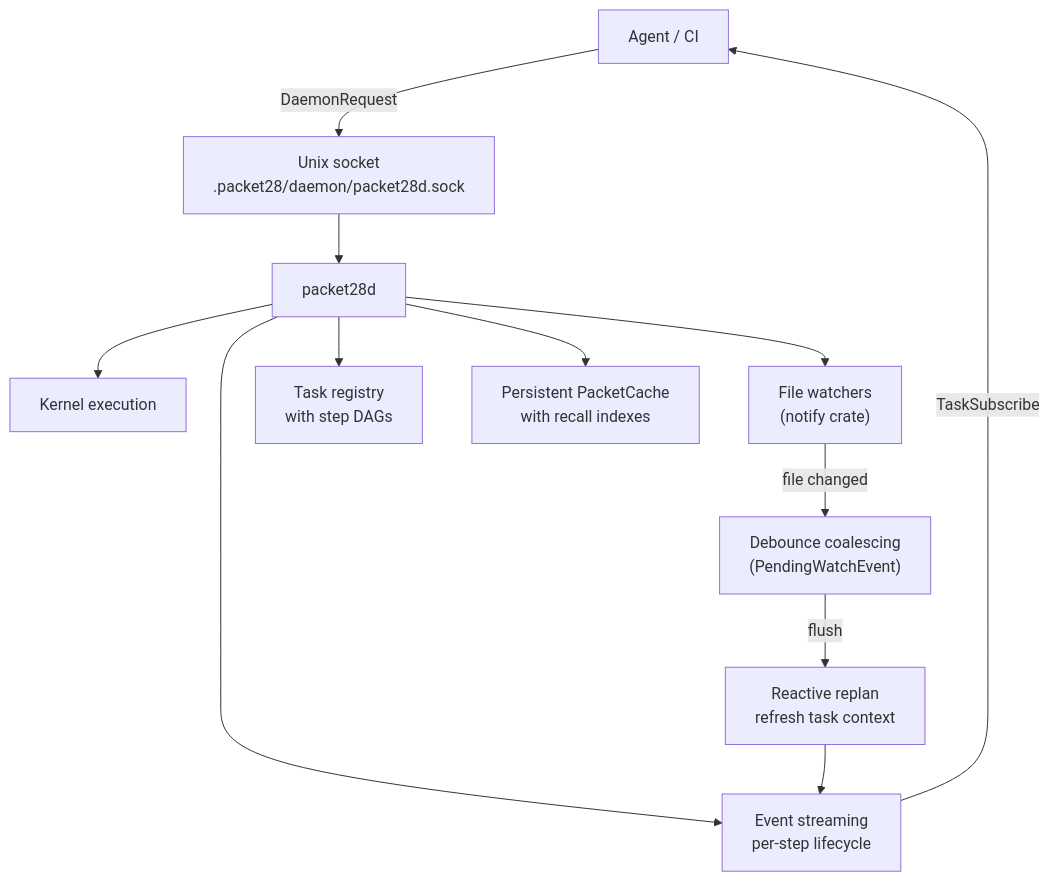
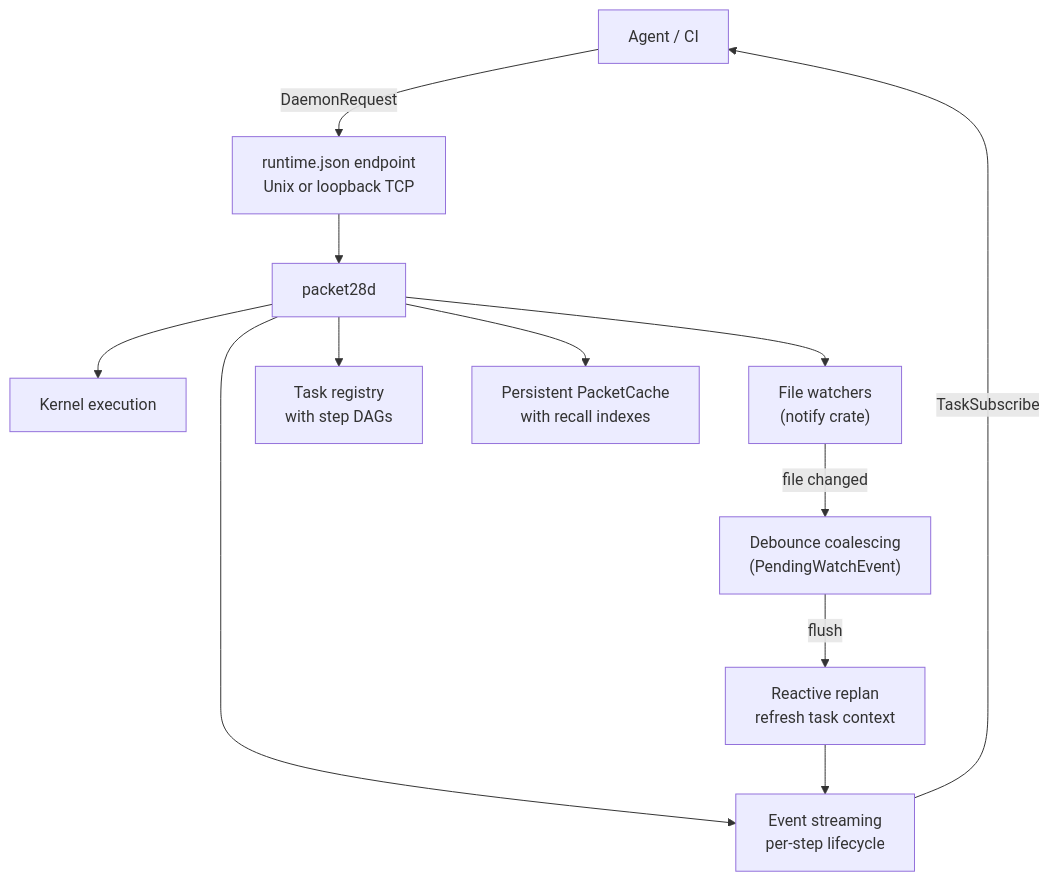
The third of 5 diagrams in README.md (usharma123/Covy), drawn with Mermaid before and after one commit. The commit also changed other lines of this file and 32 other files, not shown here.

Commit message:
refactor(packet28d): own broker modules and thin daemon bootstrap

````diff
--- a/README.md
+++ b/README.md
@@ -336,17 +342,17 @@
 ```mermaid
 flowchart TD
-  AGENT["Agent / CI"] -->|"DaemonRequest"| SOCK["Unix socket\n.packet28/daemon/packet28d.sock"]
+  AGENT["Agent / CI"] -->|"DaemonRequest"| SOCK["runtime.json endpoint\nUnix or loopback TCP"]
   SOCK --> DAEMON["packet28d"]
 
   DAEMON --> KERNEL["Kernel execution"]
   DAEMON --> WATCH["File watchers\n(notify crate)"]
   DAEMON --> TASKS["Task registry\nwith step DAGs"]
   DAEMON --> STREAM["Event streaming\nper-step lifecycle"]
   DAEMON --> CACHE["Persistent PacketCache\nwith recall indexes"]
 
   WATCH -->|"file changed"| DEBOUNCE["Debounce coalescing\n(PendingWatchEvent)"]
   DEBOUNCE -->|"flush"| REPLAN["Reactive replan\nrefresh task context"]
   REPLAN --> STREAM
 
   STREAM -->|"TaskSubscribe"| AGENT
 ```
````
